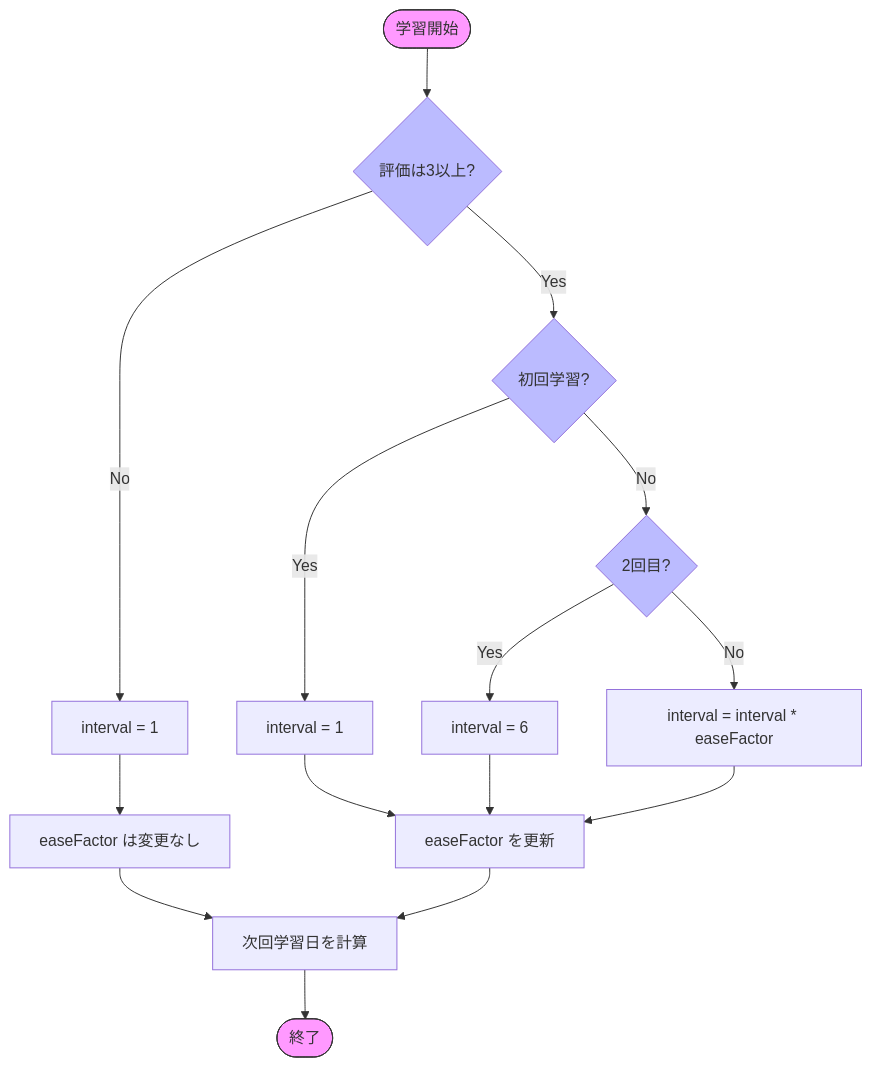
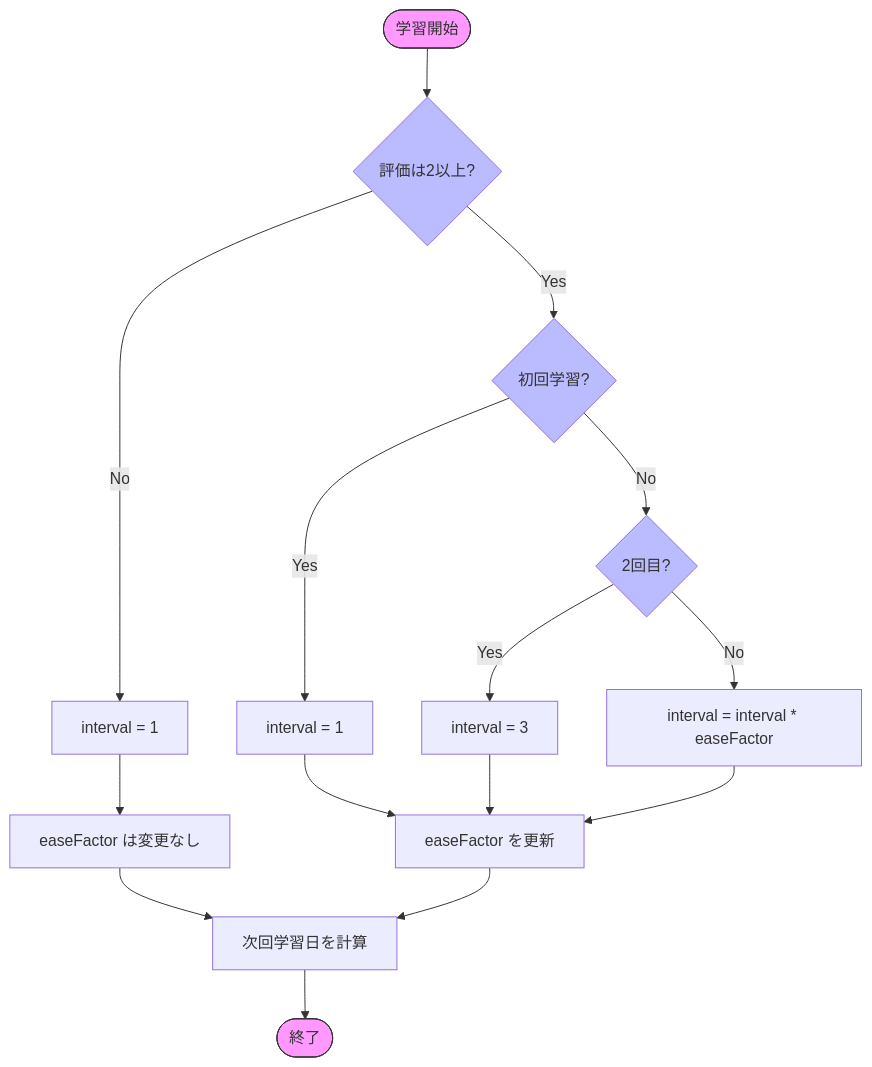
The diagram in 00_docs/05_sm2_algorithm.md (dykarohora/kizamu), drawn with Mermaid before and after one commit. The commit also changed other lines of this file and 5 other files, not shown here.

````diff
--- a/00_docs/05_sm2_algorithm.md
+++ b/00_docs/05_sm2_algorithm.md
@@ -57,27 +56,27 @@
 ```mermaid
 flowchart TD
-    Start([学習開始]) --> Grade{評価は3以上?}
+    Start([学習開始]) --> Grade{評価は2以上?}
     
     Grade -->|No| Reset[interval = 1]
     Reset --> Keep[easeFactor は変更なし]
     Keep --> Calc
     
     Grade -->|Yes| First{初回学習?}
     First -->|Yes| Day1[interval = 1]
     First -->|No| Second{2回目?}
-    Second -->|Yes| Day6[interval = 6]
+    Second -->|Yes| Day6[interval = 3]
     Second -->|No| Multiply[interval = interval * easeFactor]
     
     Day1 --> UpdateEF[easeFactor を更新]
     Day6 --> UpdateEF
     Multiply --> UpdateEF
     
     UpdateEF --> Calc[次回学習日を計算]
     Calc --> End([終了])
 
     style Start fill:#f9f,stroke:#333
     style End fill:#f9f,stroke:#333
     style Grade fill:#bbf
     style First fill:#bbf
     style Second fill:#bbf
 ```
````
